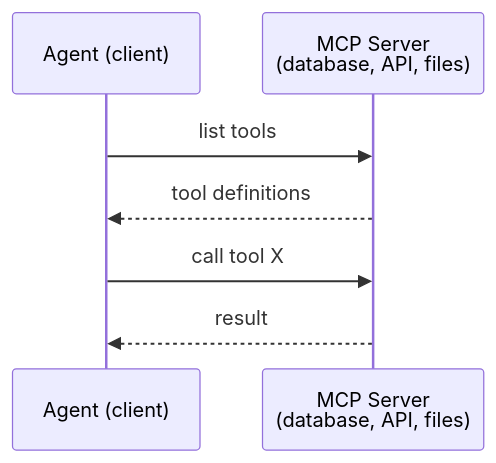
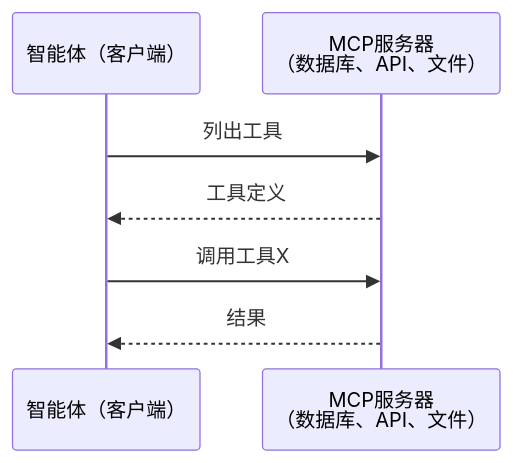
The second of 13 diagrams in lessons/16-multi-agent-and-swarms/03-communication-protocols/docs/zh.md (guangningsun/ailearning), drawn with Mermaid before and after one commit. The commit also changed other lines of this file and 25 other files, not shown here.

````diff
--- a/lessons/16-multi-agent-and-swarms/03-communication-protocols/docs/zh.md
+++ b/lessons/16-multi-agent-and-swarms/03-communication-protocols/docs/zh.md
@@ -59,10 +59,10 @@
 ```mermaid
 sequenceDiagram
-    participant Agent as Agent (client)
-    participant MCP1 as MCP Server<br/>(database, API, files)
+    participant Agent as 智能体（客户端）
+    participant MCP1 as MCP服务器<br/>（数据库、API、文件）
 
-    Agent->>MCP1: list tools
-    MCP1-->>Agent: tool definitions
-    Agent->>MCP1: call tool X
-    MCP1-->>Agent: result
+    Agent->>MCP1: 列出工具
+    MCP1-->>Agent: 工具定义
+    Agent->>MCP1: 调用工具X
+    MCP1-->>Agent: 结果
 ```
````
